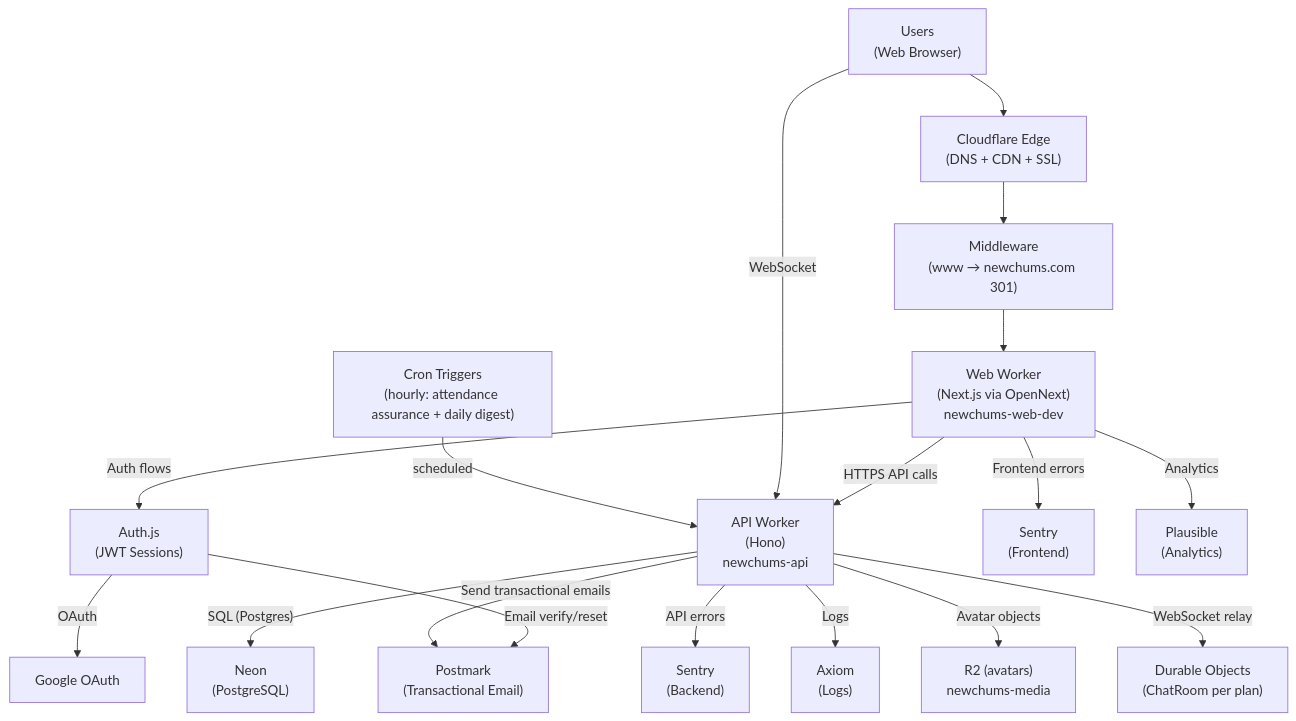
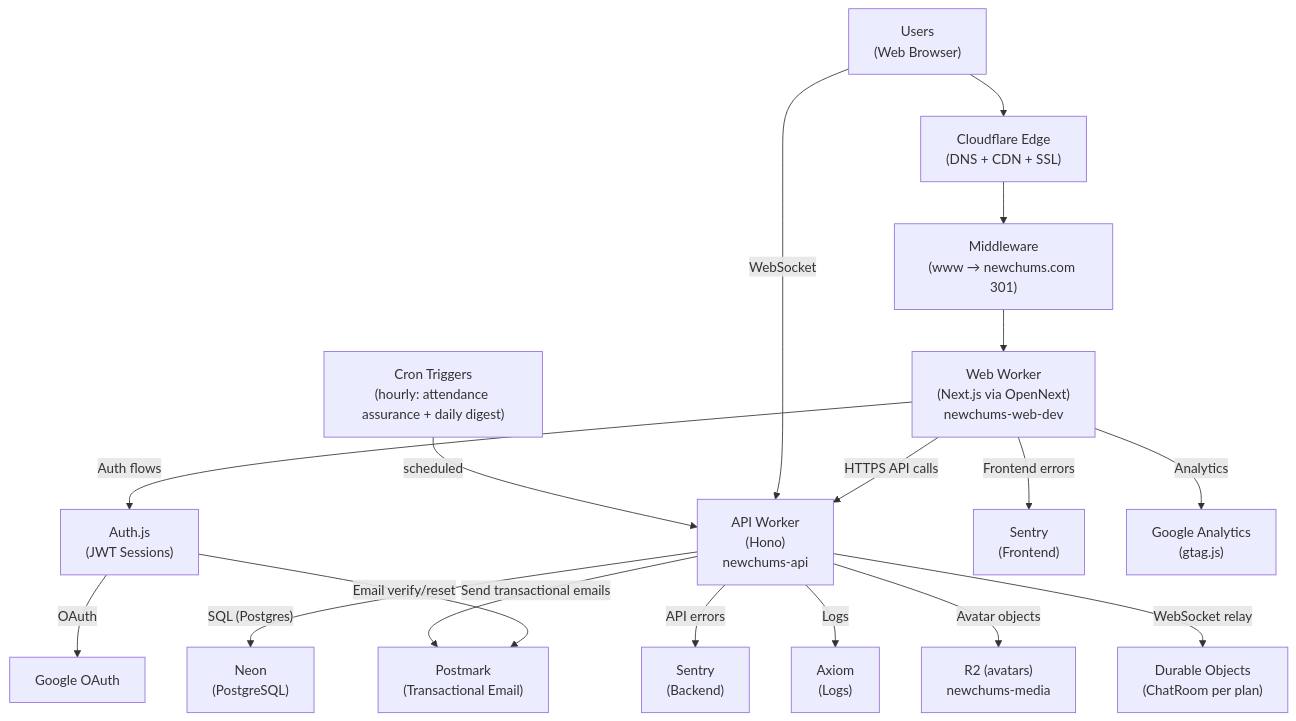
Before and after one commit to RSS705/newchums: the first of 4 diagrams in docs/System_Map.md, drawn with Mermaid. The commit also changed other lines of this file and 5 other files, not shown here.

Commit message:
Google analytics added, plausible removed.

````diff
--- a/docs/System_Map.md
+++ b/docs/System_Map.md
@@ -27,24 +27,24 @@
 ```mermaid
 flowchart TB
   U["Users<br/>(Web Browser)"] --> CF["Cloudflare Edge<br/>(DNS + CDN + SSL)"]
   CF --> MW["Middleware<br/>(www → newchums.com 301)"]
   MW --> W["Web Worker<br/>(Next.js via OpenNext)<br/>newchums-web-dev"]
 
   W -->|"HTTPS API calls"| API["API Worker<br/>(Hono)<br/>newchums-api"]
   API -->|"SQL (Postgres)"| DB["Neon<br/>(PostgreSQL)"]
 
   W -->|"Auth flows"| AUTH["Auth.js<br/>(JWT Sessions)"]
   AUTH -->|"OAuth"| GOOGLE["Google OAuth"]
   AUTH -->|"Email verify/reset"| PM["Postmark<br/>(Transactional Email)"]
   API -->|"Send transactional emails"| PM
 
   W -->|"Frontend errors"| SENTRY_FE["Sentry<br/>(Frontend)"]
   API -->|"API errors"| SENTRY_BE["Sentry<br/>(Backend)"]
   API -->|"Logs"| AX["Axiom<br/>(Logs)"]
-  W -->|"Analytics"| PLAUS["Plausible<br/>(Analytics)"]
+  W -->|"Analytics"| GA["Google Analytics<br/>(gtag.js)"]
 
   API -->|"Avatar objects"| R2["R2 (avatars)<br/>newchums-media"]
   API -->|"WebSocket relay"| DO["Durable Objects<br/>(ChatRoom per plan)"]
   U -->|"WebSocket"| API
   CRON["Cron Triggers<br/>(hourly: attendance assurance + daily digest)"] -->|"scheduled"| API
 ```
````
